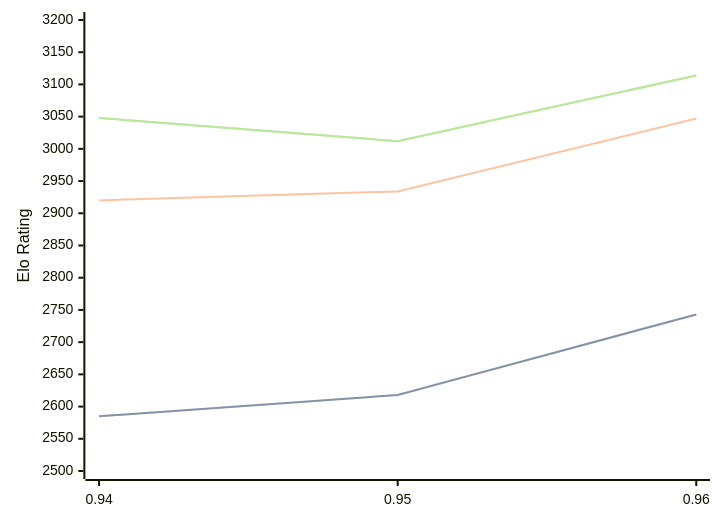
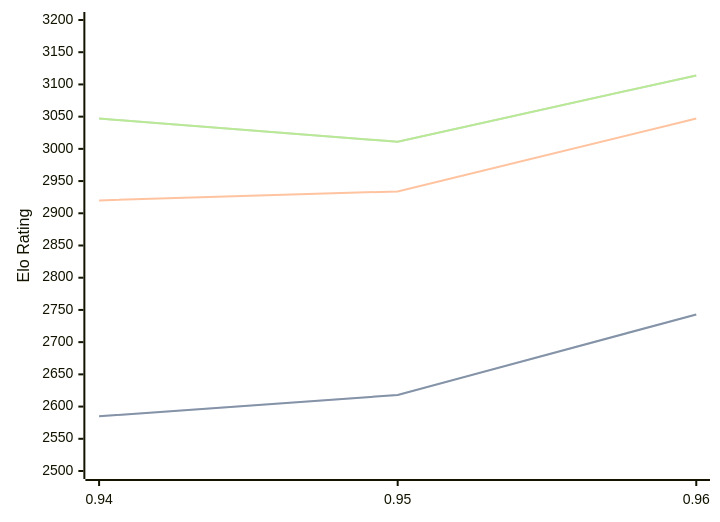
Before and after one commit to computer-chess-index/cci: the diagram in engines/Myrddin.md, drawn with Mermaid. The commit also changed other lines of this file, not shown here.

Commit message:
Update CCI Ratings (ELO VLTC) - 2026-07-28

````diff
--- a/engines/Myrddin.md
+++ b/engines/Myrddin.md
@@ -38,11 +38,11 @@
 ```mermaid
 %%{init: {"theme":"base","themeVariables":{"seriesColors:['#a3a3a3','#222221','#faa371']}}}%%
 xychart-beta
   x-axis ["0.94", "0.95", "0.96"]
   y-axis "Elo Rating" 2500 --> 3200
   line "STC (8.0+0.08s)" [2585, 2618, 2743]
   line "STC (8.0+0.08s)" [2585, 2618, 2743]
   line "LTC (60.0+0.60s)" [2920, 2934, 3047]
-  line "VLTC (2m24s+1.12s)" [3048, 3012, 3114]
-  line "VLTC (2m24s+1.12s)" [3048, 3012, 3114]
+  line "VLTC (2m24s+1.12s)" [3047, 3011, 3114]
+  line "VLTC (2m24s+1.12s)" [3047, 3011, 3114]
 ```
````
